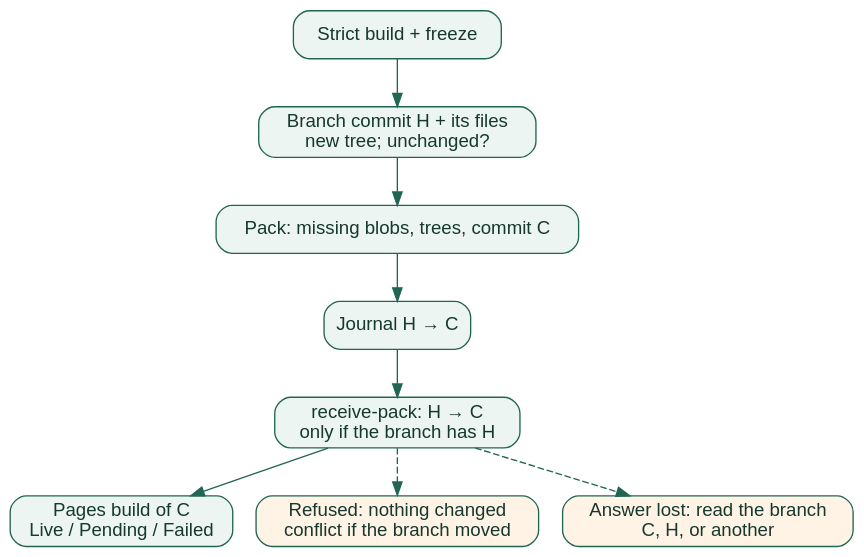
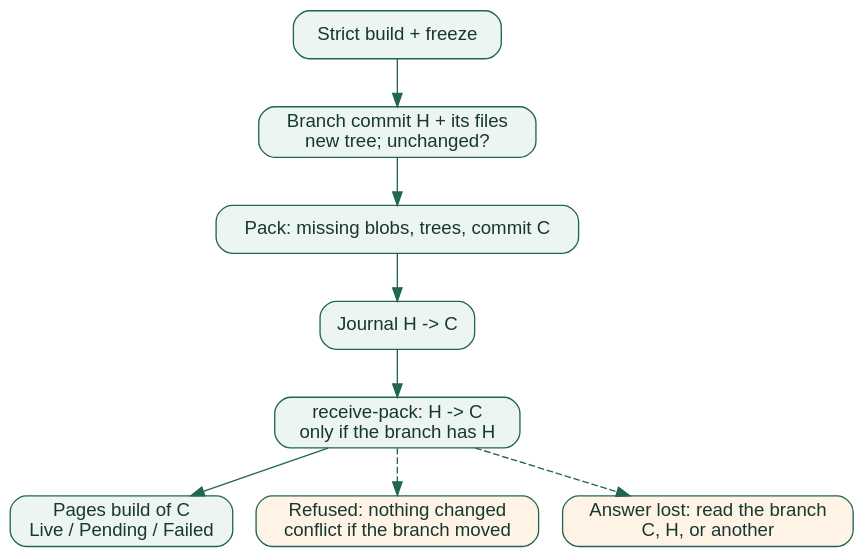
One commit to insanai/guidedog changed the second of 2 diagrams in docs/gds/records/0008-github-pages-publishing.rst. Above: the diagram before and after it, drawn with Graphviz. The commit also changed other lines of this file and 99 other files, not shown here.

```diff
--- a/docs/gds/records/0008-github-pages-publishing.rst
+++ b/docs/gds/records/0008-github-pages-publishing.rst
@@ -349,21 +349,21 @@
 .. graphviz::
    :caption: The branch moves only in the push, and only from the commit read.
    :alt: Build and freeze, plan against the branch, pack, journal, push old to new, confirm the Pages build.
 
    digraph transaction {
      graph [rankdir=TB, bgcolor="transparent", pad="0.3"];
      node [shape=box, style="rounded,filled", fillcolor="#edf5f2",
            color="#216553", fontname="Helvetica", fontcolor="#16382f"];
      edge [color="#216553"];
      build [label="Strict build + freeze"];
      plan [label="Branch commit H + its files\nnew tree; unchanged?"];
      pack [label="Pack: missing blobs, trees, commit C"];
-     journal [label="Journal H → C"];
-     push [label="receive-pack: H → C\nonly if the branch has H"];
+     journal [label="Journal H -> C"];
+     push [label="receive-pack: H -> C\nonly if the branch has H"];
      wait [label="Pages build of C\nLive / Pending / Failed"];
      refused [label="Refused: nothing changed\nconflict if the branch moved", fillcolor="#fff3e5"];
      lost [label="Answer lost: read the branch\nC, H, or another", fillcolor="#fff3e5"];
      build -> plan -> pack -> journal -> push -> wait;
      push -> refused [style=dashed];
      push -> lost [style=dashed];
    }
```
